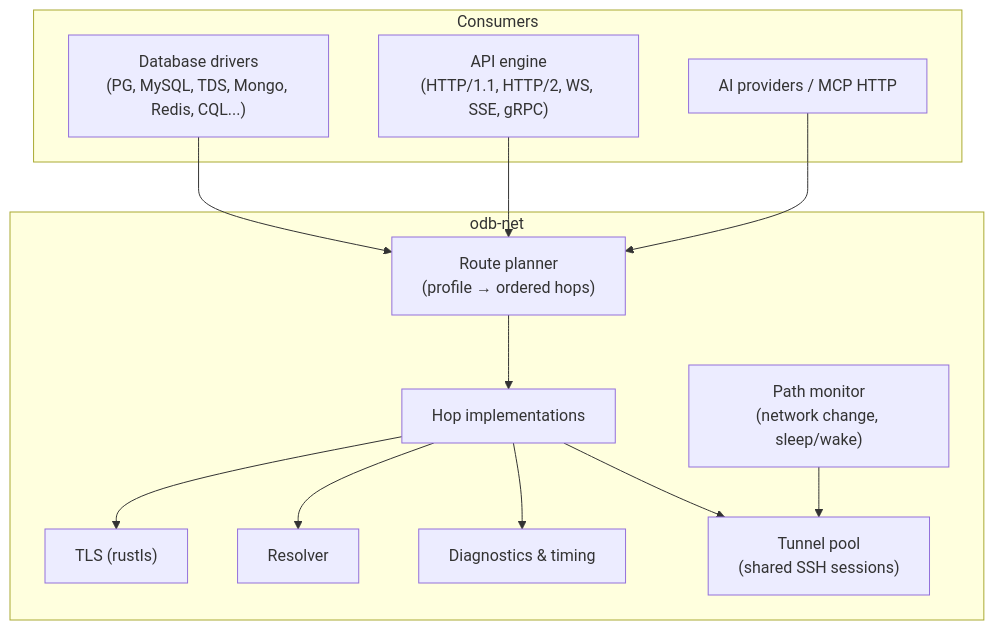
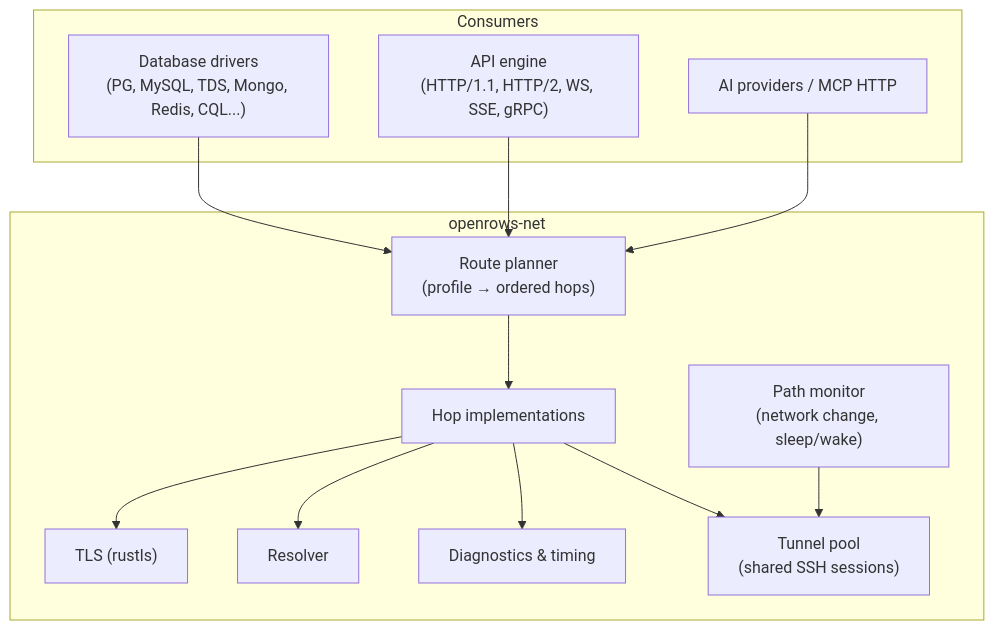
Before and after one commit to theetaz/open-rows: the first of 3 diagrams in docs/24-networking-and-protocols.md, drawn with Mermaid. The commit also changed other lines of this file and 31 other files, not shown here.

````diff
--- a/docs/24-networking-and-protocols.md
+++ b/docs/24-networking-and-protocols.md
@@ -7,26 +7,26 @@
 ```mermaid
 flowchart TB
     subgraph consumers["Consumers"]
         drv["Database drivers<br/>(PG, MySQL, TDS, Mongo, Redis, CQL...)"]
         http["API engine<br/>(HTTP/1.1, HTTP/2, WS, SSE, gRPC)"]
         ai["AI providers / MCP HTTP"]
     end
-    subgraph net["odb-net"]
+    subgraph net["openrows-net"]
         route["Route planner<br/>(profile → ordered hops)"]
         hops["Hop implementations"]
         tls["TLS (rustls)"]
         dns["Resolver"]
         mon["Path monitor<br/>(network change, sleep/wake)"]
         diag["Diagnostics & timing"]
         pool["Tunnel pool<br/>(shared SSH sessions)"]
     end
     drv --> route
     http --> route
     ai --> route
     route --> hops
     hops --> dns
     hops --> tls
     hops --> pool
     mon --> pool
     hops --> diag
 ```
````
